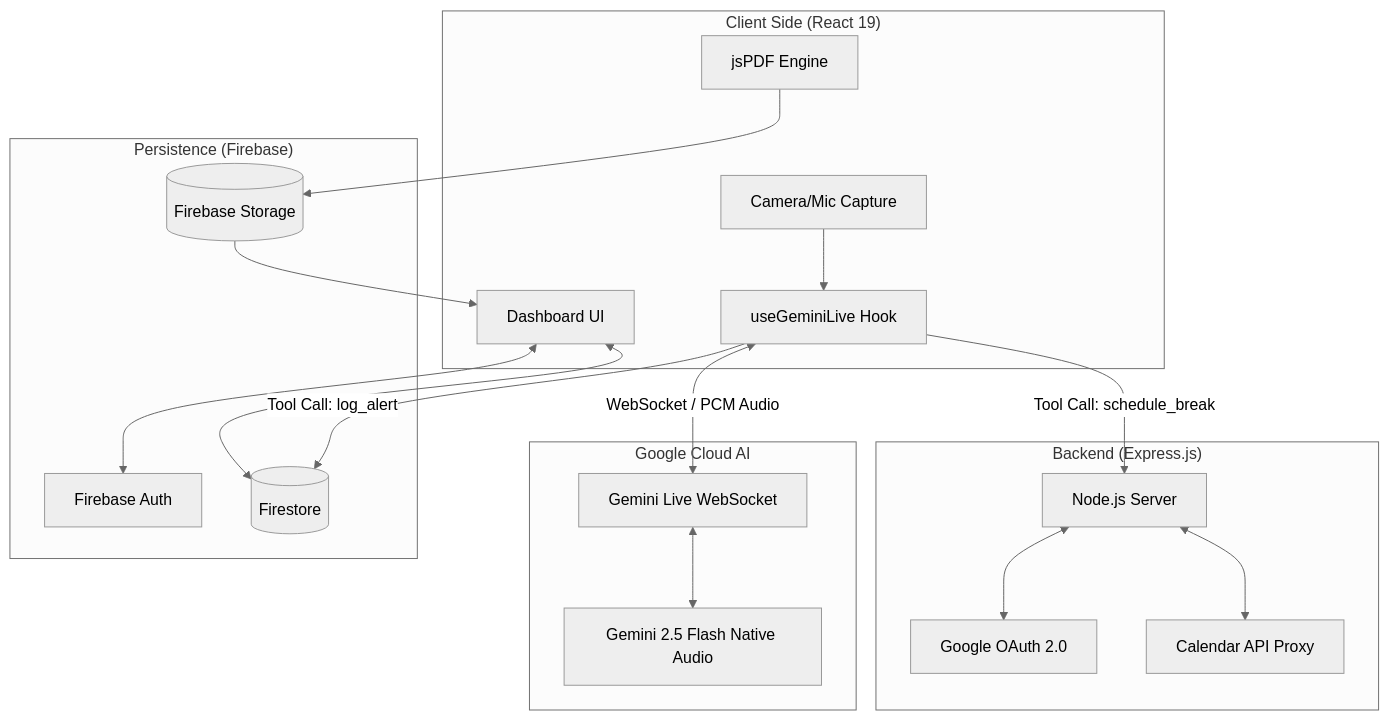
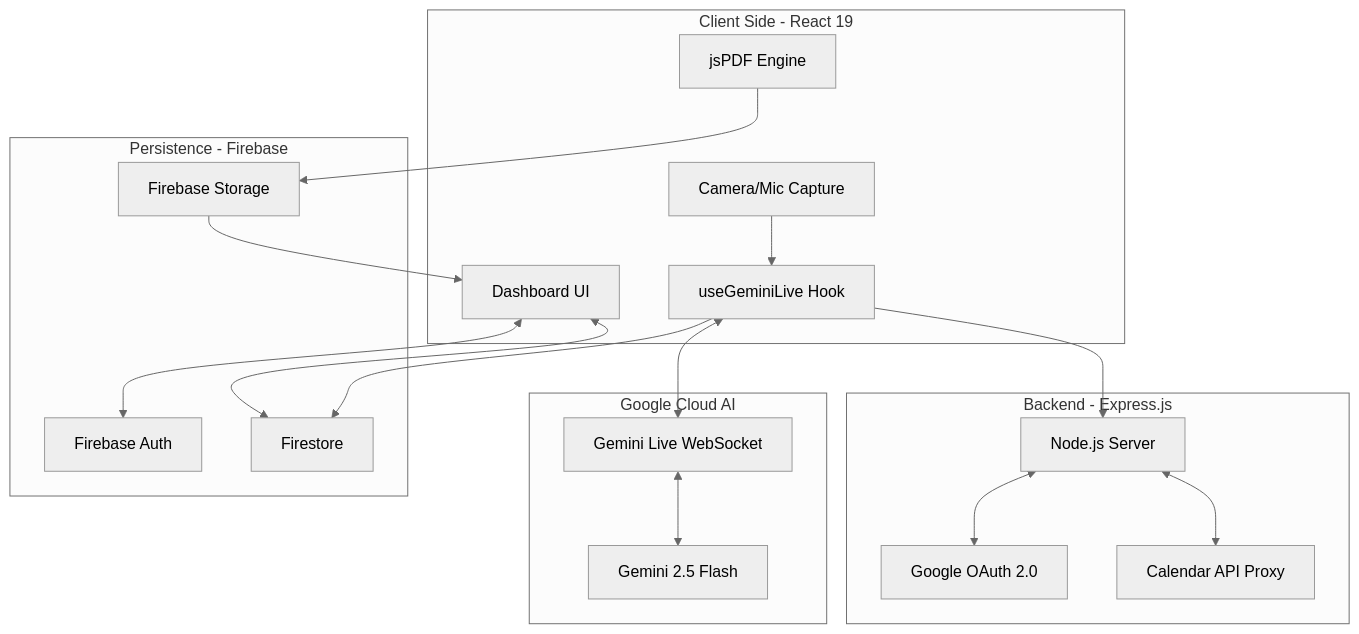
One commit to sereniyt2032LD50/misi-app changed the diagram in ARCHITECTURE.md. Above: the diagram before and after it, drawn with Mermaid (neutral theme). The commit also changed other lines of this file, not shown here.

Commit message:
architecture update

````diff
--- a/ARCHITECTURE.md
+++ b/ARCHITECTURE.md
@@ -7,42 +7,41 @@
 ```mermaid
 graph TD
-    subgraph "Client Side (React 19)"
+    subgraph Client[Client Side - React 19]
         UI[Dashboard UI]
         Cam[Camera/Mic Capture]
         GLH[useGeminiLive Hook]
         PDF[jsPDF Engine]
     end
 
-    subgraph "Google Cloud AI"
-        Gemini[Gemini 2.5 Flash Native Audio]
+    subgraph AI[Google Cloud AI]
+        Gemini[Gemini 2.5 Flash]
         LiveAPI[Gemini Live WebSocket]
     end
 
-    subgraph "Backend (Express.js)"
+    subgraph Backend[Backend - Express.js]
         Srv[Node.js Server]
         OAuth[Google OAuth 2.0]
         CalAPI[Calendar API Proxy]
     end
 
-    subgraph "Persistence (Firebase)"
+    subgraph Persistence[Persistence - Firebase]
         Auth[Firebase Auth]
-        DB[(Firestore)]
-        Store[(Firebase Storage)]
+        DB[Firestore]
+        Store[Firebase Storage]
     end
 
-    %% Connections
     Cam --> GLH
-    GLH <-->|WebSocket / PCM Audio| LiveAPI
+    GLH <--> LiveAPI
     LiveAPI <--> Gemini
     
-    GLH -->|Tool Call: log_alert| DB
-    GLH -->|Tool Call: schedule_break| Srv
+    GLH --> DB
+    GLH --> Srv
     
     Srv <--> OAuth
     Srv <--> CalAPI
     
     UI <--> Auth
     UI <--> DB
     PDF --> Store
     Store --> UI
 ```
````
